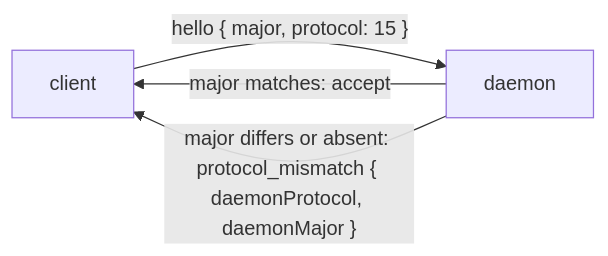
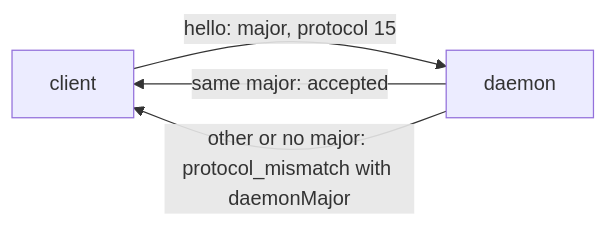
Before and after one commit to zgeoff/atc: the diagram in docs/design/atcx-client/compatibility.md, drawn with Mermaid. The commit also changed other lines of this file and 4 other files, not shown here.

````diff
--- a/docs/design/atcx-client/compatibility.md
+++ b/docs/design/atcx-client/compatibility.md
@@ -12,6 +19,6 @@
 ```mermaid
 flowchart LR
-  client -->|"hello { major, protocol: 15 }"| daemon
-  daemon -->|"major matches: accept"| client
-  daemon -->|"major differs or absent: protocol_mismatch { daemonProtocol, daemonMajor }"| client
+  client -->|"hello: major, protocol 15"| daemon
+  daemon -->|"same major: accepted"| client
+  daemon -->|"other or no major: protocol_mismatch with daemonMajor"| client
 ```
````
